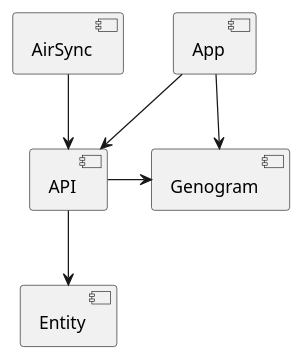
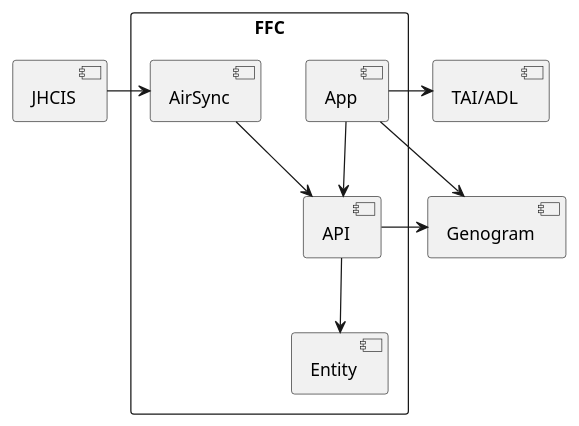
One commit to ffc-nectec/entities changed the diagram in uml/module.plantuml. Above: the diagram before and after it, drawn with PlantUML. The commit also changed 8 other files, not shown here.

```diff
--- a/uml/module.plantuml
+++ b/uml/module.plantuml
@@ -1,10 +1,19 @@
 @startuml
 skinparam monochrome true
 
+rectangle "FFC" {
+    [AirSync]
+    [App]
+    [API]
+    [Entity]
+}
+
+[JHCIS] -> [AirSync]
 [App] --> [API]
 [AirSync] --> [API]
 [API] --> [Entity]
-[App] -> [Genogram]
+[App] --> [Genogram]
 [API] -> [Genogram]
+[App] -> [TAI/ADL]
 
 @enduml
```
